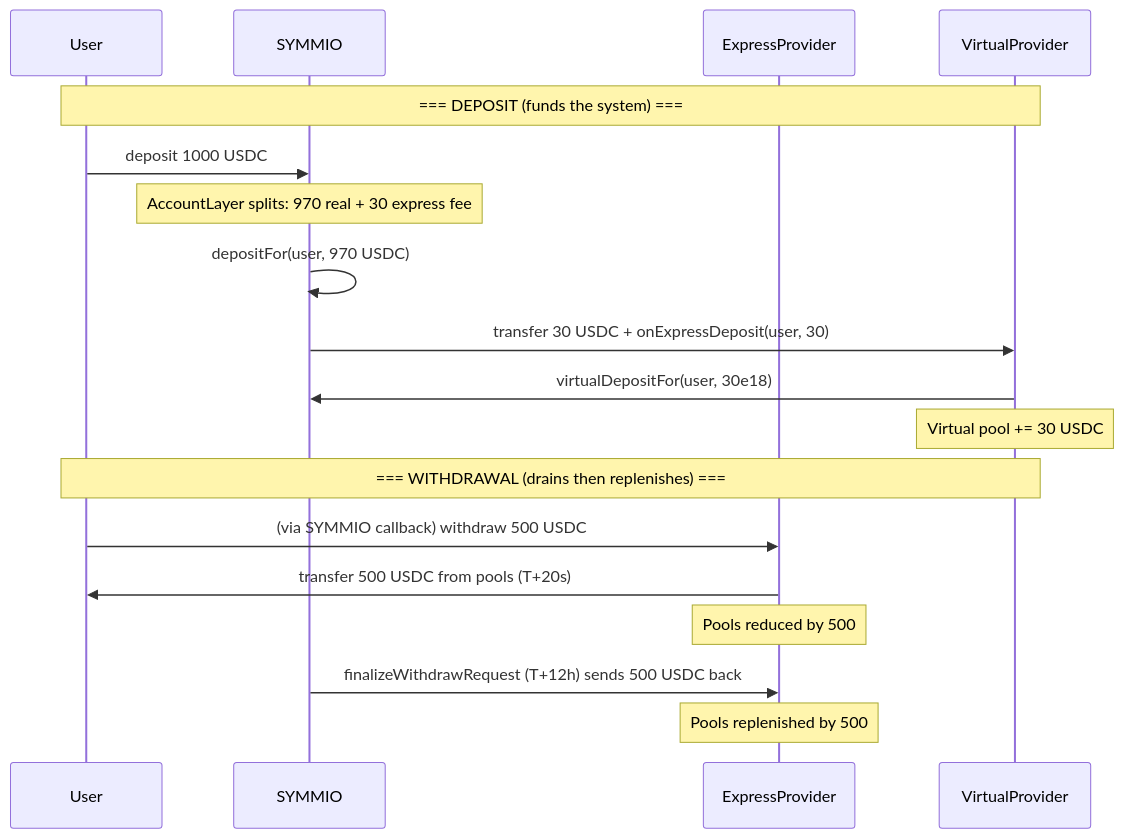
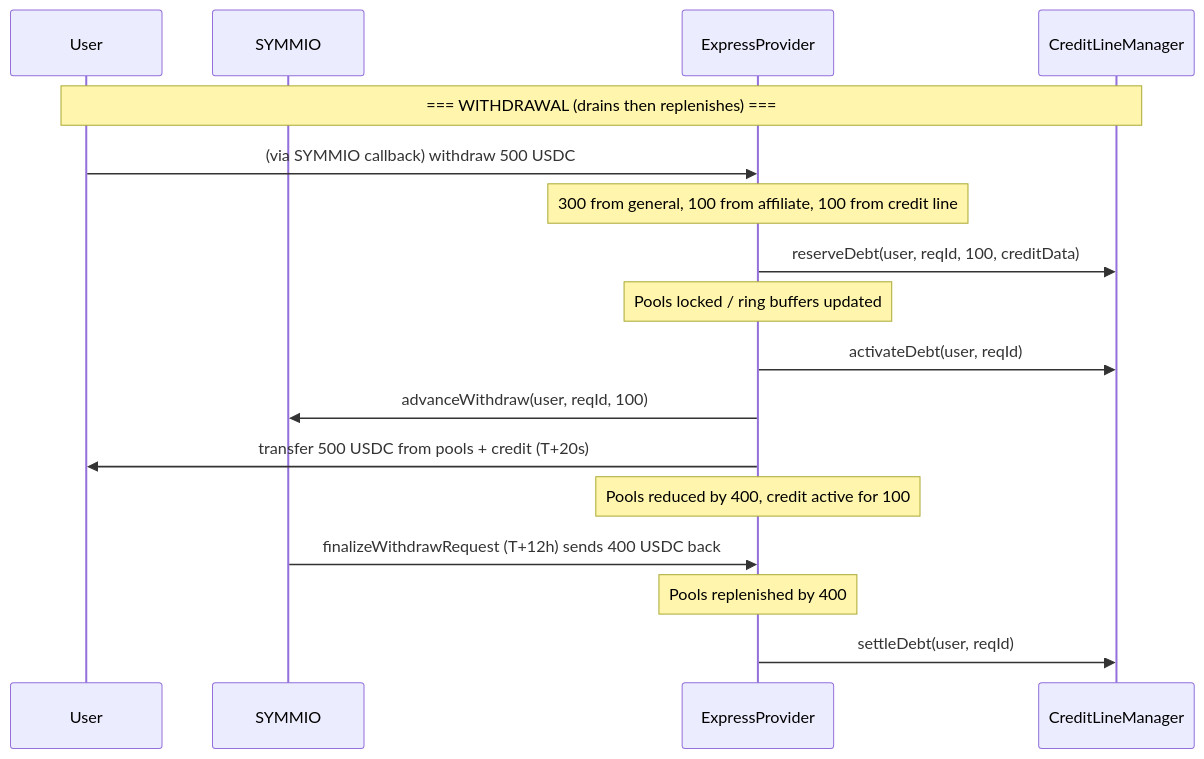
The fourth of 16 diagrams in docs/v0.8.6/express-withdrawal-system-design.md (SYMM-IO/perps-core), drawn with Mermaid before and after one commit. The commit also changed other lines of this file and 9 other files, not shown here.

Commit message:
docs: replace VirtualProvider with Credit Line system in express provider docs

````diff
--- a/docs/v0.8.6/express-withdrawal-system-design.md
+++ b/docs/v0.8.6/express-withdrawal-system-design.md
@@ -163,22 +168,20 @@
 ```mermaid
 sequenceDiagram
     participant User
     participant SYMMIO
     participant Express as ExpressProvider
-    participant Virtual as VirtualProvider
+    participant CLM as CreditLineManager
 
-    Note over User,Virtual: === DEPOSIT (funds the system) ===
-    User->>SYMMIO: deposit 1000 USDC
-    Note over SYMMIO: AccountLayer splits: 970 real + 30 express fee
-    SYMMIO->>SYMMIO: depositFor(user, 970 USDC)
-    SYMMIO->>Virtual: transfer 30 USDC + onExpressDeposit(user, 30)
-    Virtual->>SYMMIO: virtualDepositFor(user, 30e18)
-    Note over Virtual: Virtual pool += 30 USDC
-
-    Note over User,Virtual: === WITHDRAWAL (drains then replenishes) ===
+    Note over User,CLM: === WITHDRAWAL (drains then replenishes) ===
     User->>Express: (via SYMMIO callback) withdraw 500 USDC
-    Express->>User: transfer 500 USDC from pools (T+20s)
-    Note over Express: Pools reduced by 500
-    SYMMIO->>Express: finalizeWithdrawRequest (T+12h) sends 500 USDC back
-    Note over Express: Pools replenished by 500
+    Note over Express: 300 from general, 100 from affiliate, 100 from credit line
+    Express->>CLM: reserveDebt(user, reqId, 100, creditData)
+    Note over Express: Pools locked / ring buffers updated
+    Express->>CLM: activateDebt(user, reqId)
+    Express->>SYMMIO: advanceWithdraw(user, reqId, 100)
+    Express->>User: transfer 500 USDC from pools + credit (T+20s)
+    Note over Express: Pools reduced by 400, credit active for 100
+    SYMMIO->>Express: finalizeWithdrawRequest (T+12h) sends 400 USDC back
+    Note over Express: Pools replenished by 400
+    Express->>CLM: settleDebt(user, reqId)
 ```
````
